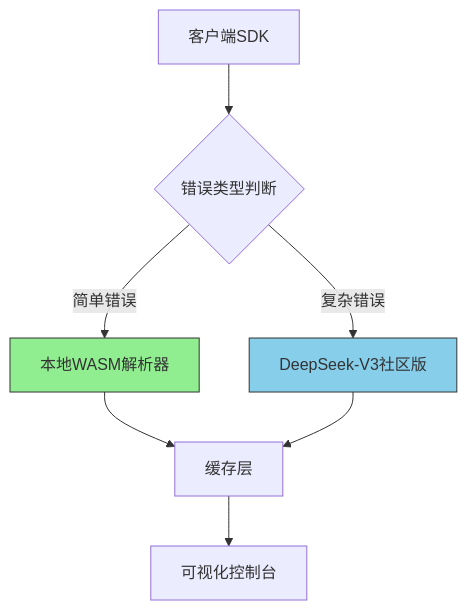
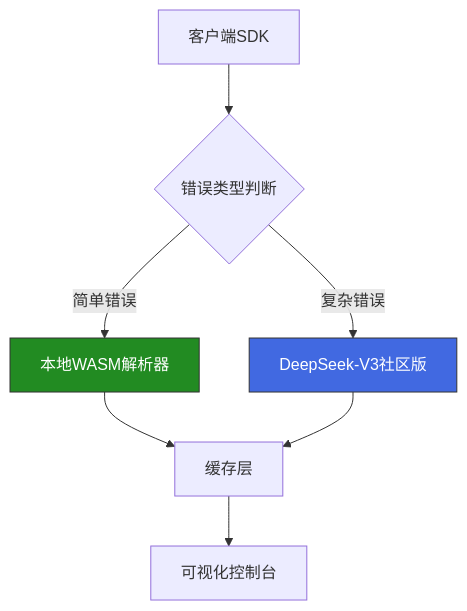
The diagram in docs/PerfLite完整方案.md (XcodeFish/PerfLite), drawn with Mermaid before and after one commit. The commit also changed 1 other file, not shown here.

Commit message:
docs: README文档更新

````diff
--- a/docs/PerfLite完整方案.md
+++ b/docs/PerfLite完整方案.md
@@ -5,12 +5,12 @@
 ```mermaid
 graph TD
     A[客户端SDK] --> B{错误类型判断}
     B -->|简单错误| C[本地WASM解析器]
     B -->|复杂错误| D[DeepSeek-V3社区版]
     C --> E[缓存层]
     D --> E
     E --> F[可视化控制台]
 
-    style C fill:#90EE90,stroke:#333
-    style D fill:#87CEEB,stroke:#333
+    style C fill:#228B22,stroke:#333,color:white
+    style D fill:#4169E1,stroke:#333,color:white
 ```
````
